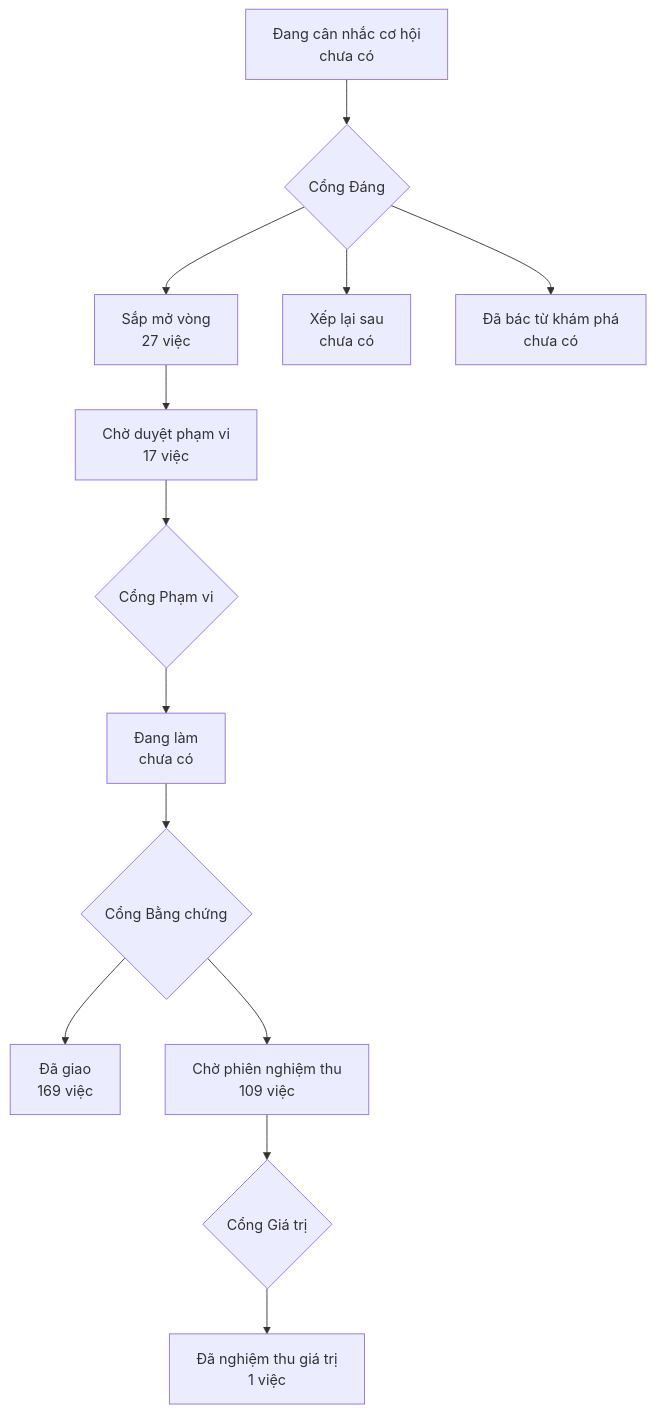
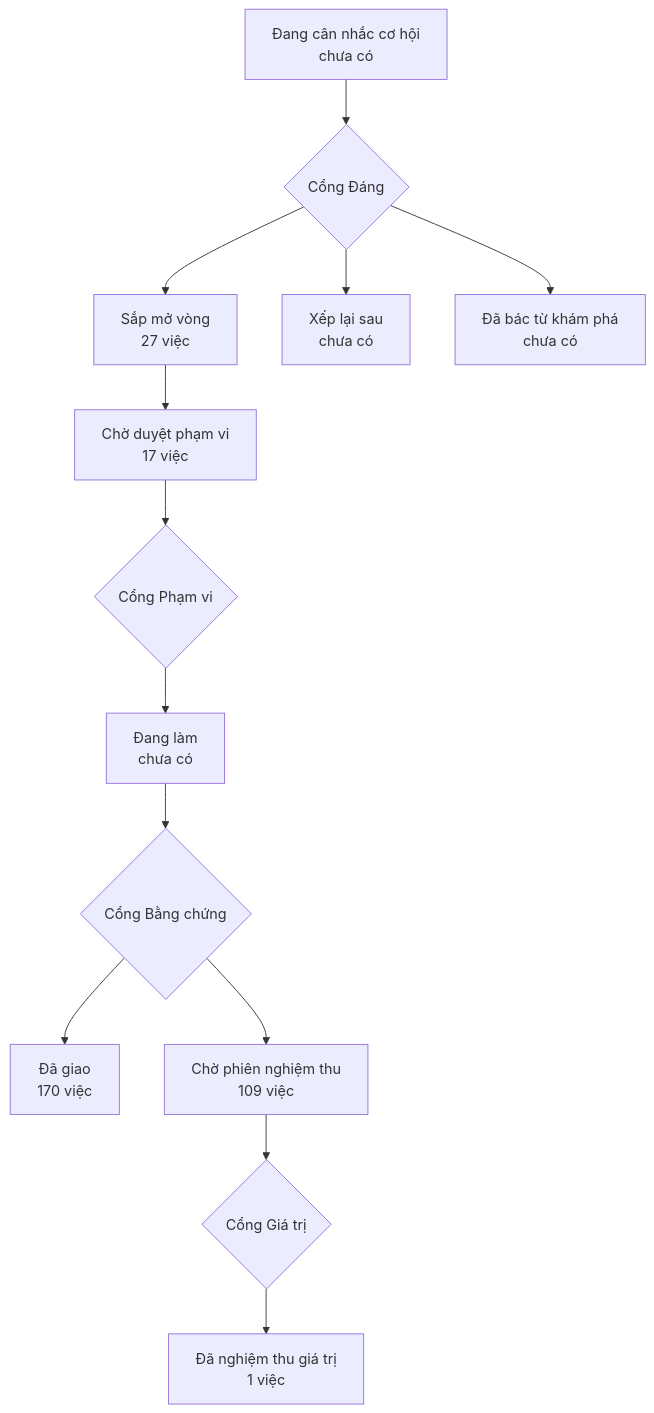
One commit to phanlemanh/onehub-invest changed the diagram in PRODUCT-MAP.md. Above: the diagram before and after it, drawn with Mermaid. The commit also changed other lines of this file and 14 other files, not shown here.

````diff
--- a/PRODUCT-MAP.md
+++ b/PRODUCT-MAP.md
@@ -7,12 +7,12 @@
 ```mermaid
 flowchart TD
   A["Đang cân nhắc cơ hội<br/>chưa có"] --> GD{"Cổng Đáng"}
   GD --> B["Sắp mở vòng<br/>27 việc"]
   GD --> XL["Xếp lại sau<br/>chưa có"]
   GD --> DB["Đã bác từ khám phá<br/>chưa có"]
   B --> CD["Chờ duyệt phạm vi<br/>17 việc"] --> GP{"Cổng Phạm vi"}
   GP --> DL["Đang làm<br/>chưa có"] --> GB{"Cổng Bằng chứng"}
-  GB --> DG["Đã giao<br/>169 việc"]
+  GB --> DG["Đã giao<br/>170 việc"]
   GB --> CN["Chờ phiên nghiệm thu<br/>109 việc"] --> GG{"Cổng Giá trị"}
   GG --> NT["Đã nghiệm thu giá trị<br/>1 việc"]
 ```
````
